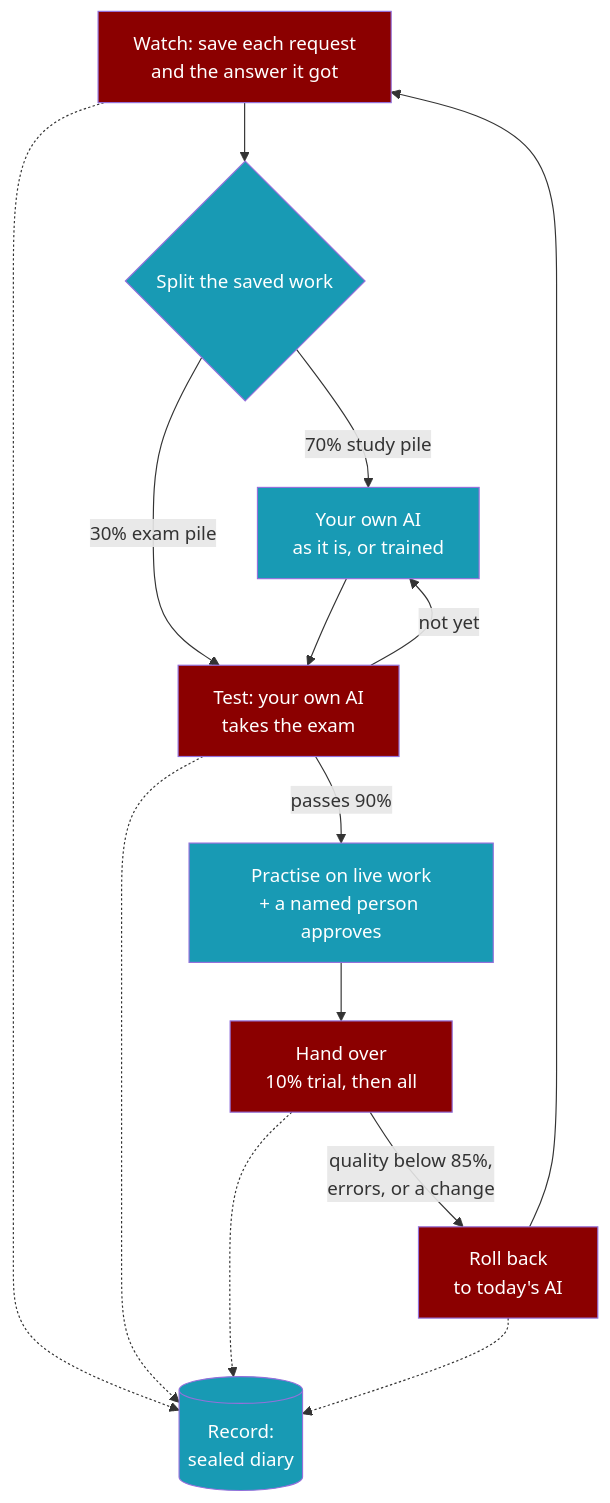
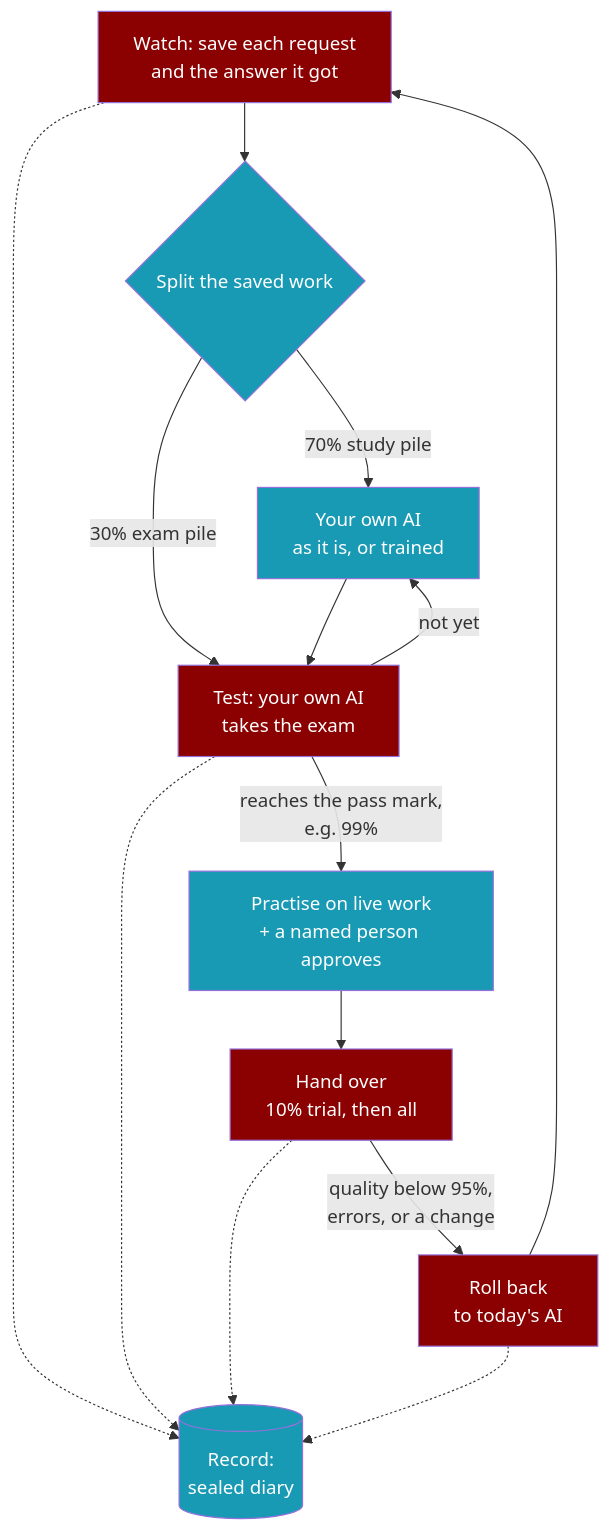
Before and after one commit to MervinPraison/PraisonAIDocs: the diagram in docs/guides/task-handover-early-access.mdx, drawn with Mermaid. The commit also changed other lines of this file, not shown here.

Commit message:
docs(handover): pass mark 99% set by the risk team, 100 practice answers, roll back below 95%

````diff
--- a/docs/guides/task-handover-early-access.mdx
+++ b/docs/guides/task-handover-early-access.mdx
@@ -15,22 +15,22 @@
 ```mermaid
 graph TD
     W[Watch: save each request<br/>and the answer it got] --> S{Split the saved work}
     S -->|70% study pile| O[Your own AI<br/>as it is, or trained]
     S -->|30% exam pile| T[Test: your own AI<br/>takes the exam]
     O --> T
     T -->|not yet| O
-    T -->|passes 90%| P[Practise on live work<br/>+ a named person approves]
+    T -->|reaches the pass mark,<br/>e.g. 99%| P[Practise on live work<br/>+ a named person approves]
     P --> H[Hand over<br/>10% trial, then all]
-    H -->|quality below 85%,<br/>errors, or a change| B[Roll back<br/>to today's AI]
+    H -->|quality below 95%,<br/>errors, or a change| B[Roll back<br/>to today's AI]
     B --> W
     W -.-> R[(Record:<br/>sealed diary)]
     T -.-> R
     H -.-> R
     B -.-> R
 
     classDef agent fill:#8B0000,color:#fff
     classDef tool fill:#189AB4,color:#fff
 
     class W,T,H,B agent
     class S,O,P,R tool
 ```
````
